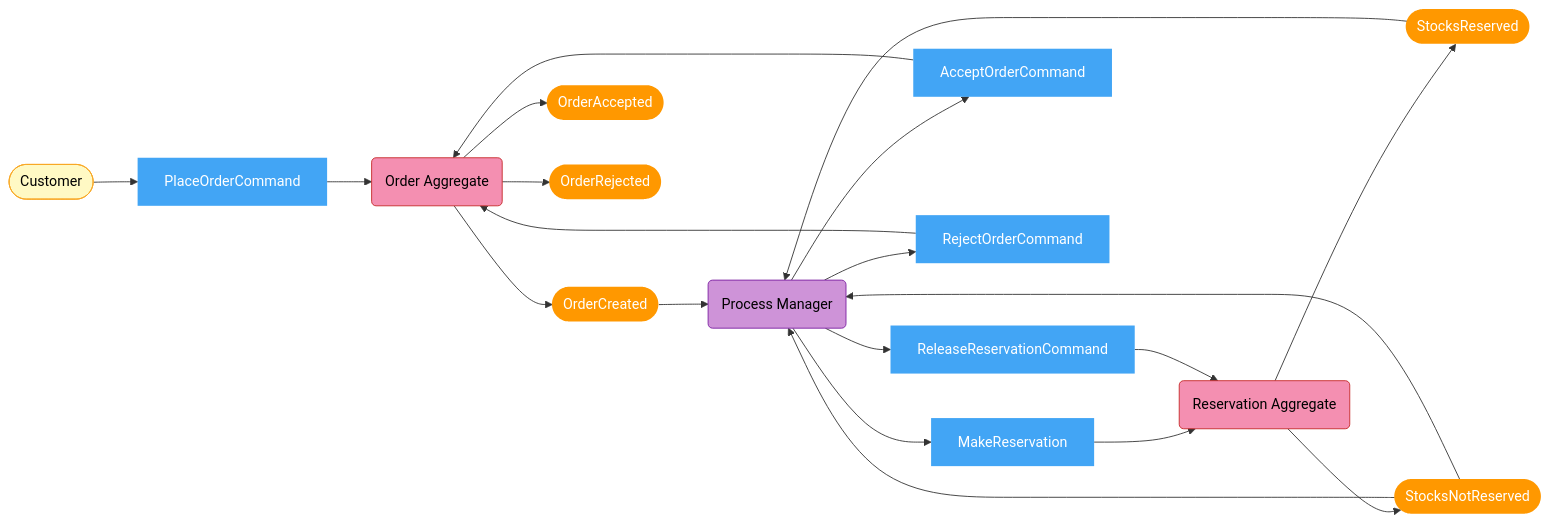
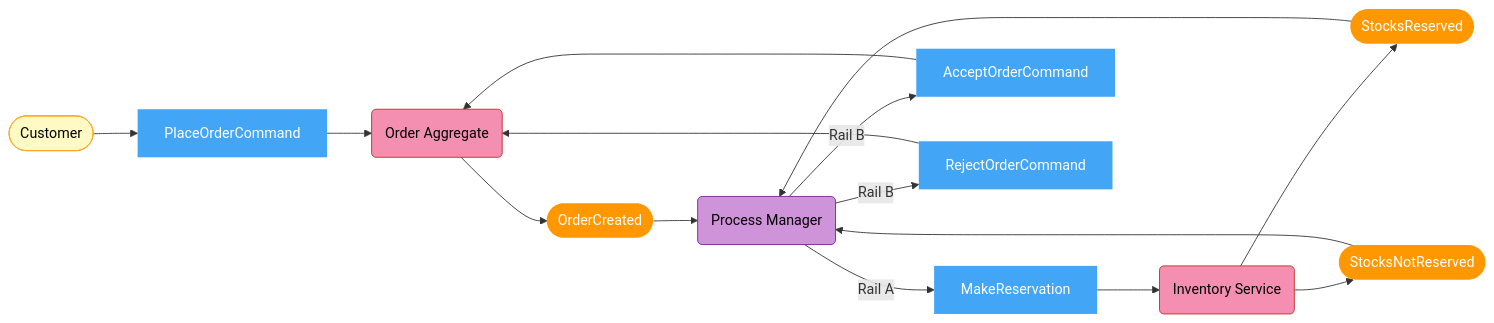
The third of 10 diagrams in Order/src/EShop.Order.API/README.md (mnnam1302/EShop), drawn with Mermaid before and after one commit. The commit also changed other lines of this file and 14 other files, not shown here.

````diff
--- a/Order/src/EShop.Order.API/README.md
+++ b/Order/src/EShop.Order.API/README.md
@@ -42,29 +80,27 @@
 ```mermaid
 flowchart LR
     classDef event   fill:#ff9800,color:#fff,stroke:none
     classDef command fill:#42a5f5,color:#fff,stroke:none
     classDef agg     fill:#f48fb1,color:#000,stroke:#c62828
     classDef pm      fill:#ce93d8,color:#000,stroke:#7b1fa2
     classDef actor   fill:#fff9c4,color:#000,stroke:#f9a825
 
     Customer([Customer]):::actor
     PlaceOrder[PlaceOrderCommand]:::command
     OA(Order Aggregate):::agg
     OrderCreated([OrderCreated]):::event
     PM(Process Manager):::pm
     MakeReservation[MakeReservation]:::command
-    RA(Reservation Aggregate):::agg
+    INV(Inventory Service):::agg
     StocksReserved([StocksReserved]):::event
     StocksNotReserved([StocksNotReserved]):::event
     AcceptOrder[AcceptOrderCommand]:::command
     RejectOrder[RejectOrderCommand]:::command
-    ReleaseReservation[ReleaseReservationCommand]:::command
-    OrderAccepted([OrderAccepted]):::event
-    OrderRejected([OrderRejected]):::event
 
     Customer --> PlaceOrder --> OA --> OrderCreated --> PM
-    PM --> MakeReservation --> RA
-    RA --> StocksReserved --> PM --> AcceptOrder --> OA --> OrderAccepted
-    RA --> StocksNotReserved --> PM --> RejectOrder --> OA --> OrderRejected
-    StocksNotReserved --> PM --> ReleaseReservation --> RA
+    PM -->|"Rail A"| MakeReservation --> INV
+    INV --> StocksReserved --> PM
+    INV --> StocksNotReserved --> PM
+    PM -->|"Rail B"| AcceptOrder --> OA
+    PM -->|"Rail B"| RejectOrder --> OA
 ```
````
